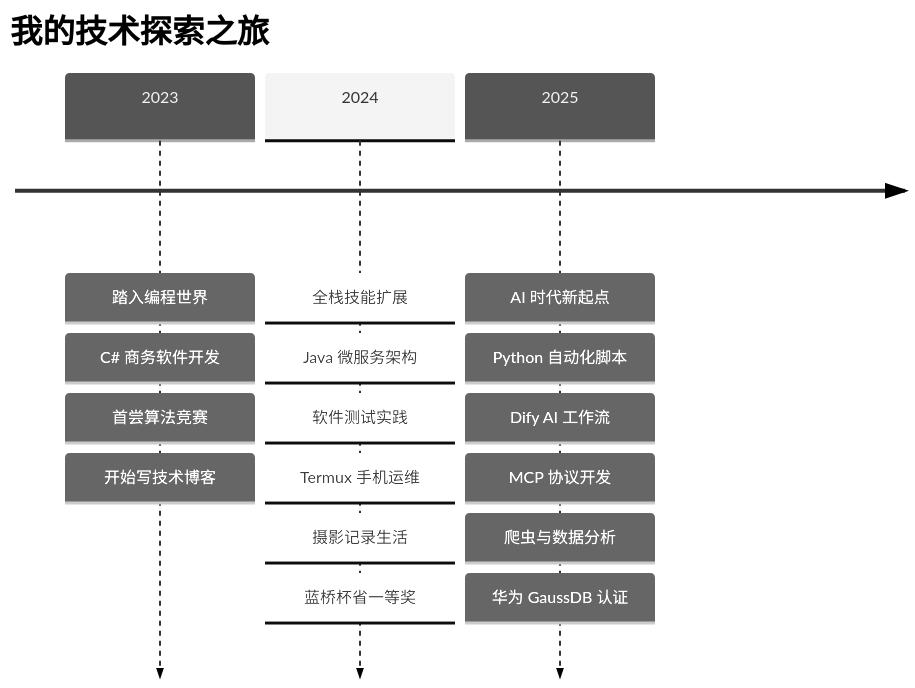
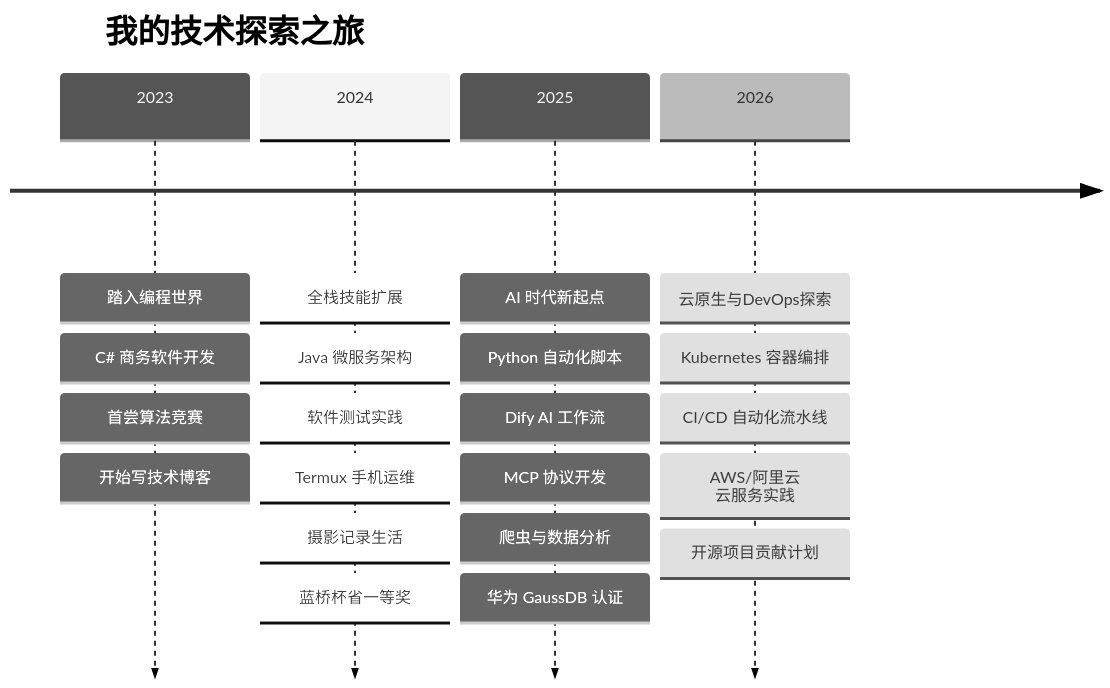
Before and after one commit to lggyx/lggyx: the diagram in README.md, drawn with Mermaid (neutral theme). The commit also changed other lines of this file, not shown here.

````diff
--- a/README.md
+++ b/README.md
@@ -68,20 +68,25 @@
 ```mermaid
 timeline
     title 我的技术探索之旅
     2023 : 踏入编程世界
          : C# 商务软件开发
          : 首尝算法竞赛
          : 开始写技术博客
     2024 : 全栈技能扩展
          : Java 微服务架构
          : 软件测试实践
          : Termux 手机运维
          : 摄影记录生活
          : 蓝桥杯省一等奖
     2025 : AI 时代新起点
          : Python 自动化脚本
          : Dify AI 工作流
          : MCP 协议开发
          : 爬虫与数据分析
          : 华为 GaussDB 认证
+    2026 : 云原生与DevOps探索
+         : Kubernetes 容器编排
+         : CI/CD 自动化流水线
+         : AWS/阿里云 云服务实践
+         : 开源项目贡献计划
 ```
````
